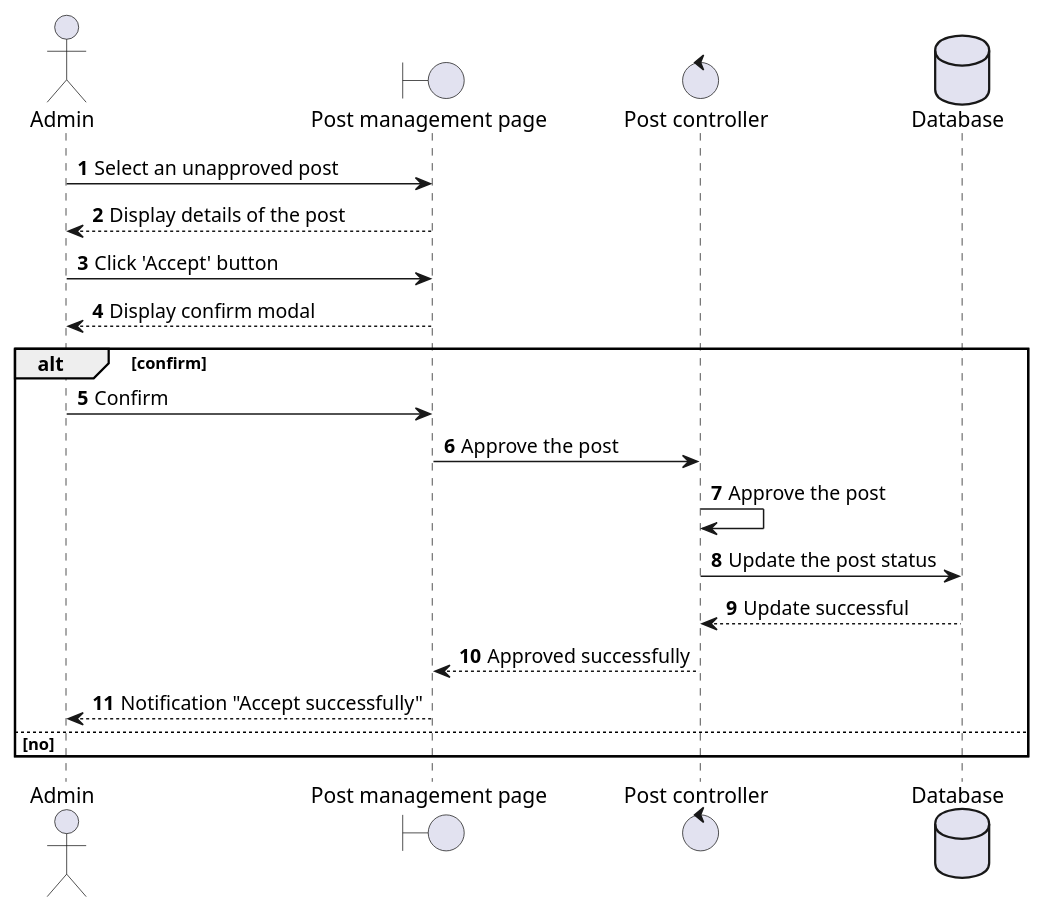
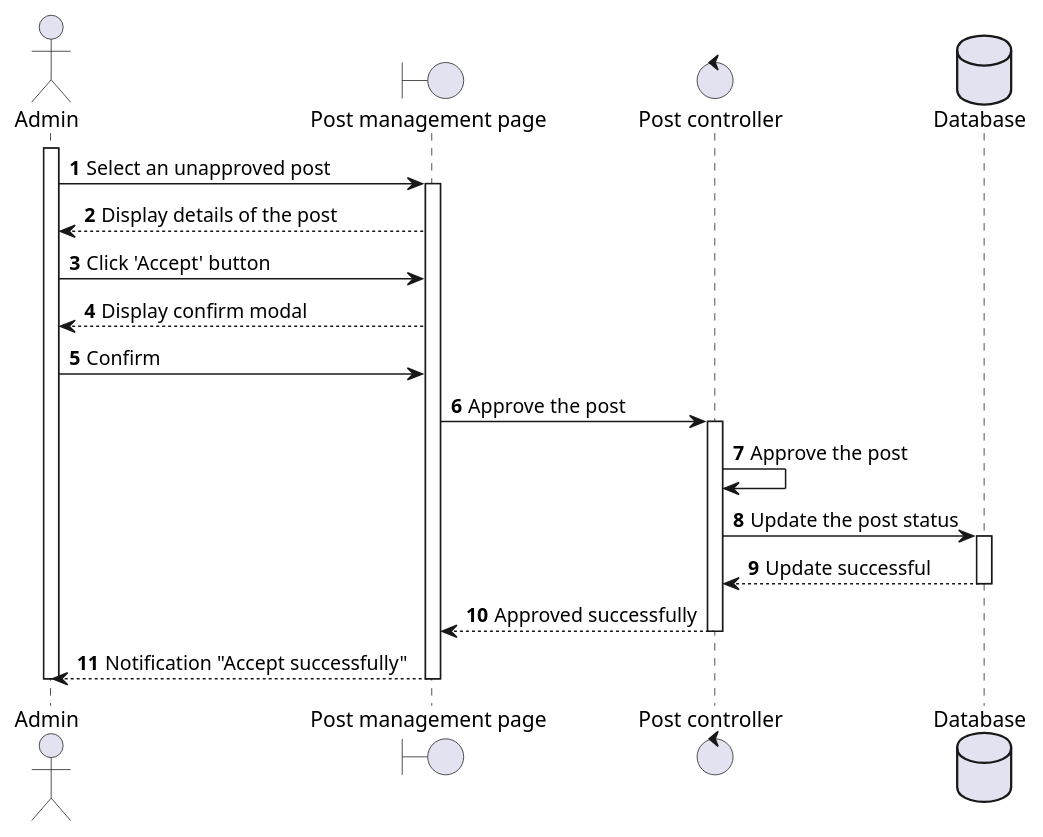
One commit to doublek2712/SE357-Pratice-class changed the diagram in Lab 1.2/puml-code/sequence/approve-post.puml. Above: the diagram before and after it, drawn with PlantUML. The commit also changed 1 other file, not shown here.

Commit message:
add activate for approve-post seq

```diff
--- a/Lab 1.2/puml-code/sequence/approve-post.puml
+++ b/Lab 1.2/puml-code/sequence/approve-post.puml
@@ -1,23 +1,23 @@
 @startuml
 autonumber
 actor Admin as Admin
 boundary "Post management page" as Page
 control "Post controller" as Controller
 database "Database" as DB
 
-Admin -> Page : Select an unapproved post
+Admin++
+Admin -> Page++ : Select an unapproved post
 Page --> Admin : Display details of the post
 Admin -> Page : Click 'Accept' button
 Page --> Admin : Display confirm modal
 
-alt confirm
 Admin -> Page : Confirm
-Page -> Controller : Approve the post
+Page -> Controller ++: Approve the post
 Controller -> Controller: Approve the post
-Controller -> DB: Update the post status
-DB --> Controller: Update successful
-Controller --> Page: Approved successfully
-Page --> Admin : Notification "Accept successfully"
-else no
-end
+Controller -> DB++: Update the post status
+DB --> Controller--: Update successful
+Controller --> Page--: Approved successfully
+Page --> Admin-- : Notification "Accept successfully"
+Admin--
+
 @enduml
```
